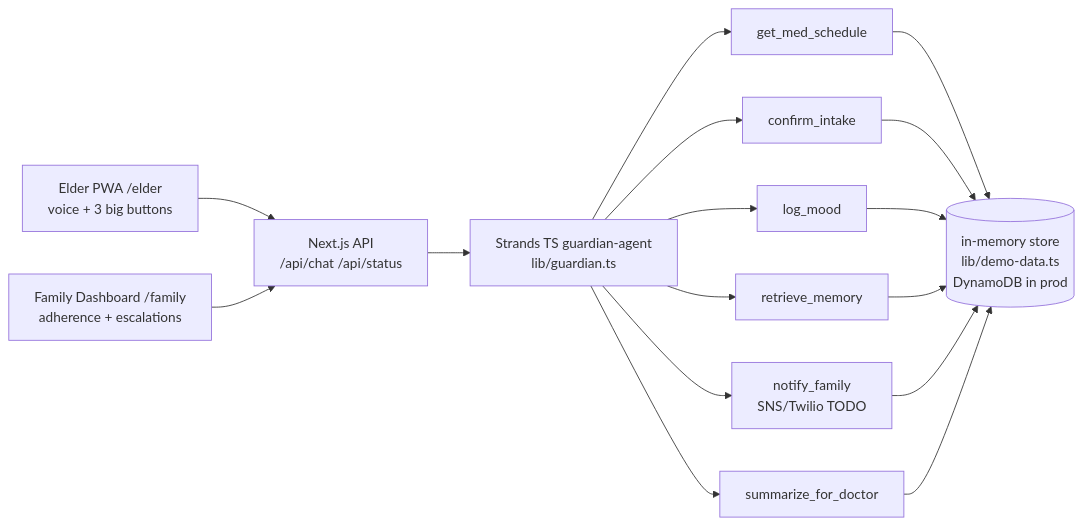
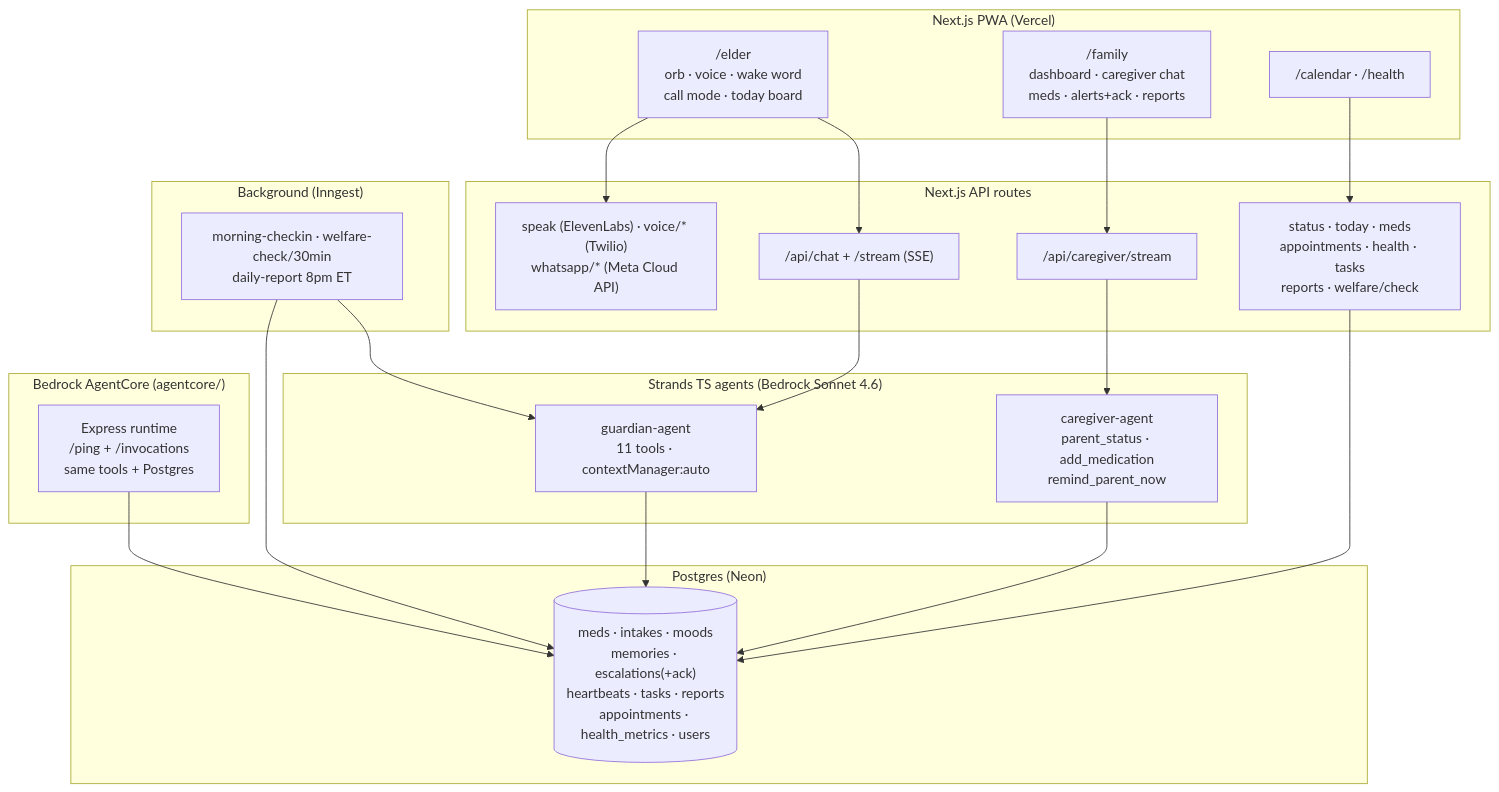
One commit to Garinmckayl/kinship changed the diagram in ARCHITECTURE.md. Above: the diagram before and after it, drawn with Mermaid. The commit also changed other lines of this file and 1 other file, not shown here.

Commit message:
Submission readiness: true architecture diagram + Devpost checklist + video beats

````diff
--- a/ARCHITECTURE.md
+++ b/ARCHITECTURE.md
@@ -3,13 +3,45 @@
 ```mermaid
-flowchart LR
-    E[Elder PWA /elder<br/>voice + 3 big buttons] --> API[Next.js API<br/>/api/chat /api/status]
-    F[Family Dashboard /family<br/>adherence + escalations] --> API
-    API --> G[Strands TS guardian-agent<br/>lib/guardian.ts]
-    G --> T1[get_med_schedule]
-    G --> T2[confirm_intake]
-    G --> T3[log_mood]
-    G --> T4[retrieve_memory]
-    G --> T5[notify_family<br/>SNS/Twilio TODO]
-    G --> T6[summarize_for_doctor]
-    T1 & T2 & T3 & T4 & T5 & T6 --> DB[(in-memory store<br/>lib/demo-data.ts<br/>DynamoDB in prod)]
+flowchart TB
+    subgraph CLIENT["Next.js PWA (Vercel)"]
+        E["/elder<br/>orb · voice · wake word<br/>call mode · today board"]
+        F["/family<br/>dashboard · caregiver chat<br/>meds · alerts+ack · reports"]
+        C["/calendar · /health"]
+    end
+
+    subgraph API["Next.js API routes"]
+        CHAT["/api/chat + /stream (SSE)"]
+        CG["/api/caregiver/stream"]
+        REST["status · today · meds<br/>appointments · health · tasks<br/>reports · welfare/check"]
+        VOICE["speak (ElevenLabs) · voice/* (Twilio)<br/>whatsapp/* (Meta Cloud API)"]
+    end
+
+    subgraph AGENTS["Strands TS agents (Bedrock Sonnet 4.6)"]
+        G["guardian-agent<br/>11 tools · contextManager:auto"]
+        CG2["caregiver-agent<br/>parent_status · add_medication<br/>remind_parent_now"]
+    end
+
+    subgraph DATA["Postgres (Neon)"]
+        DB[("meds · intakes · moods<br/>memories · escalations(+ack)<br/>heartbeats · tasks · reports<br/>appointments · health_metrics · users")]
+    end
+
+    subgraph BG["Background (Inngest)"]
+        CRON["morning-checkin · welfare-check/30min<br/>daily-report 8pm ET"]
+    end
+
+    subgraph AC["Bedrock AgentCore (agentcore/)"]
+        RT["Express runtime<br/>/ping + /invocations<br/>same tools + Postgres"]
+    end
+
+    E --> CHAT
+    F --> CG
+    C --> REST
+    E --> VOICE
+    CHAT --> G
+    CG --> CG2
+    REST --> DB
+    G --> DB
+    CG2 --> DB
+    CRON --> G
+    CRON --> DB
+    RT --> DB
 ```
````
